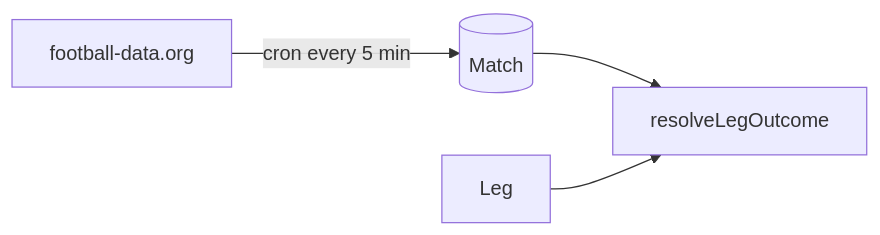
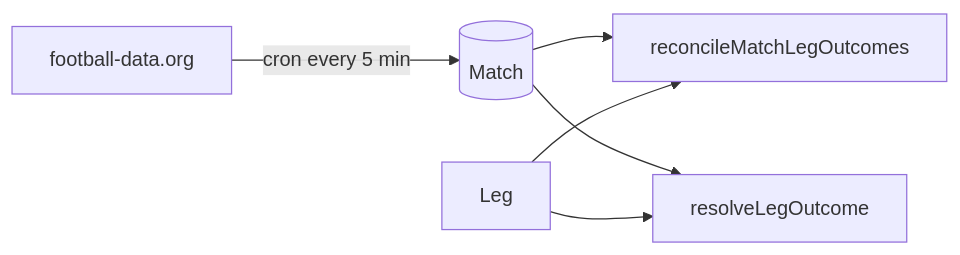
One commit to DanScreen/the-syndicate changed the diagram in docs/specs/competitions-and-results.md. Above: the diagram before and after it, drawn with Mermaid. The commit also changed other lines of this file and 16 other files, not shown here.

````diff
--- a/docs/specs/competitions-and-results.md
+++ b/docs/specs/competitions-and-results.md
@@ -118,6 +120,8 @@
 ```mermaid
 flowchart LR
   FD[football-data.org] -->|cron every 5 min| Match[(Match)]
+  Match --> Reconcile[reconcileMatchLegOutcomes]
   Match --> Resolve[resolveLegOutcome]
+  Leg --> Reconcile
   Leg --> Resolve
 ```
````
